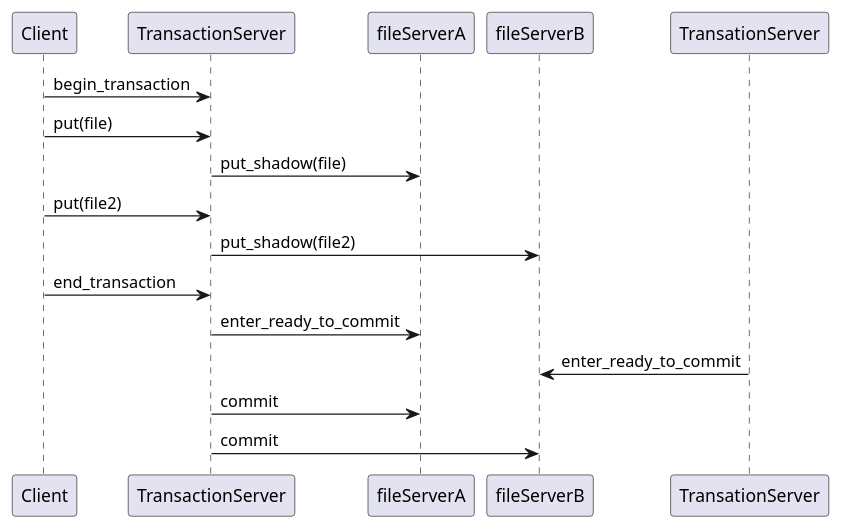
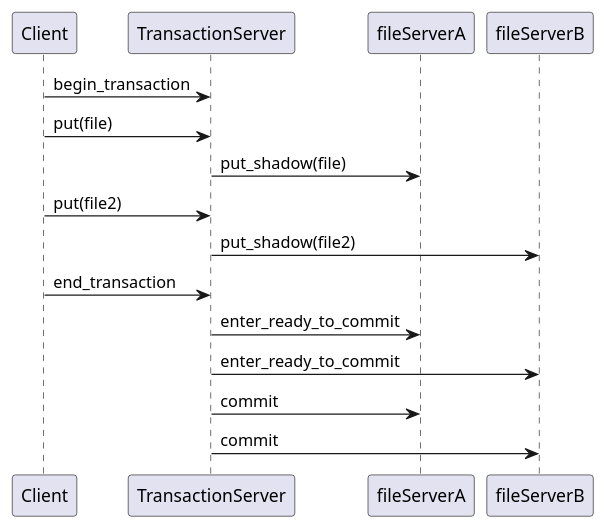
The fifth of 5 diagrams in report/diagrams.org (KillianDavitt/CS4032-DistributedFileSystem), drawn with PlantUML before and after one commit. The commit also changed 2 other files, not shown here.

Commit message:
Fixed error in diagram

```diff
--- a/report/diagrams.org
+++ b/report/diagrams.org
@@ -57,13 +57,13 @@
 #+BEGIN_SRC plantuml :file transactions.png
 Client -> TransactionServer: begin_transaction
 Client -> TransactionServer: put(file)
 TransactionServer -> fileServerA: put_shadow(file)
 Client -> TransactionServer: put(file2)
 TransactionServer -> fileServerB: put_shadow(file2)
 Client -> TransactionServer: end_transaction
 TransactionServer -> fileServerA: enter_ready_to_commit
-TransationServer -> fileServerB: enter_ready_to_commit
+TransactionServer -> fileServerB: enter_ready_to_commit
 TransactionServer -> fileServerA: commit
 TransactionServer -> fileServerB: commit
  
 #+END_SRC
```
